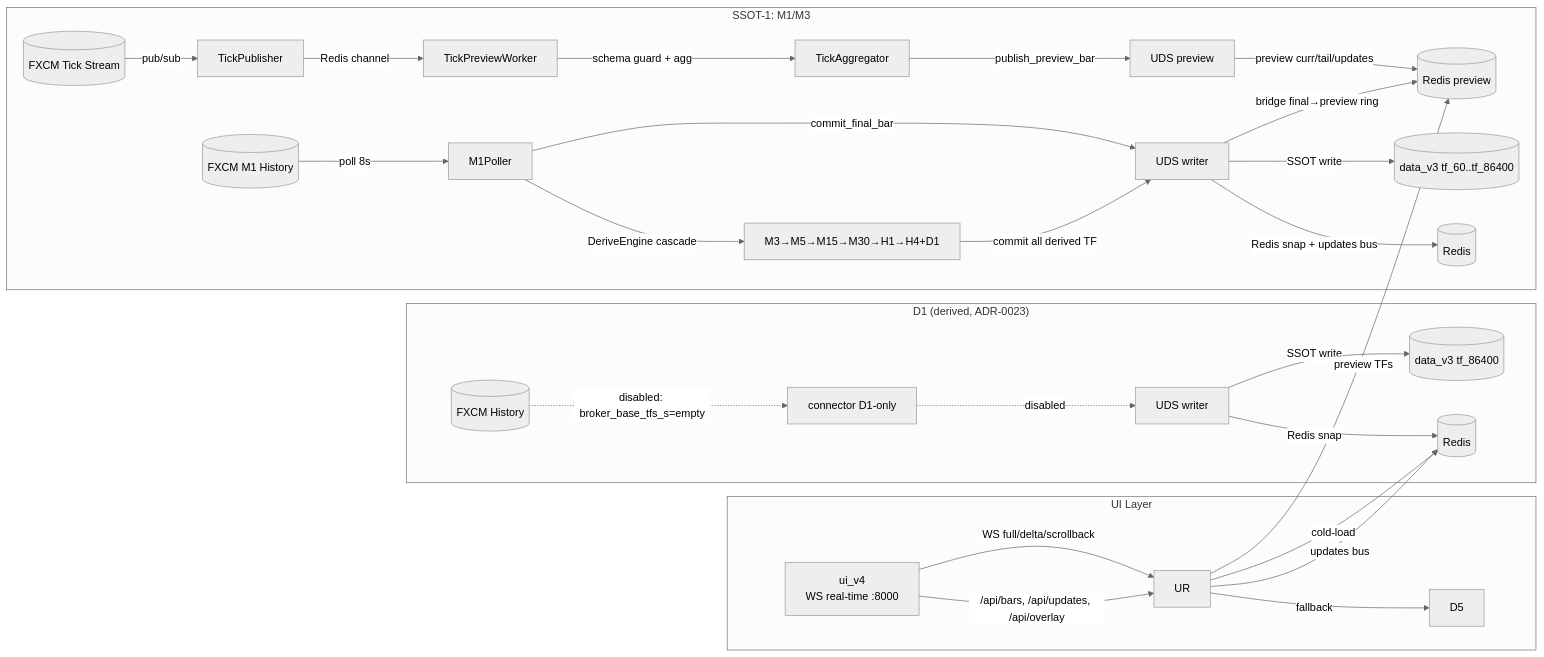
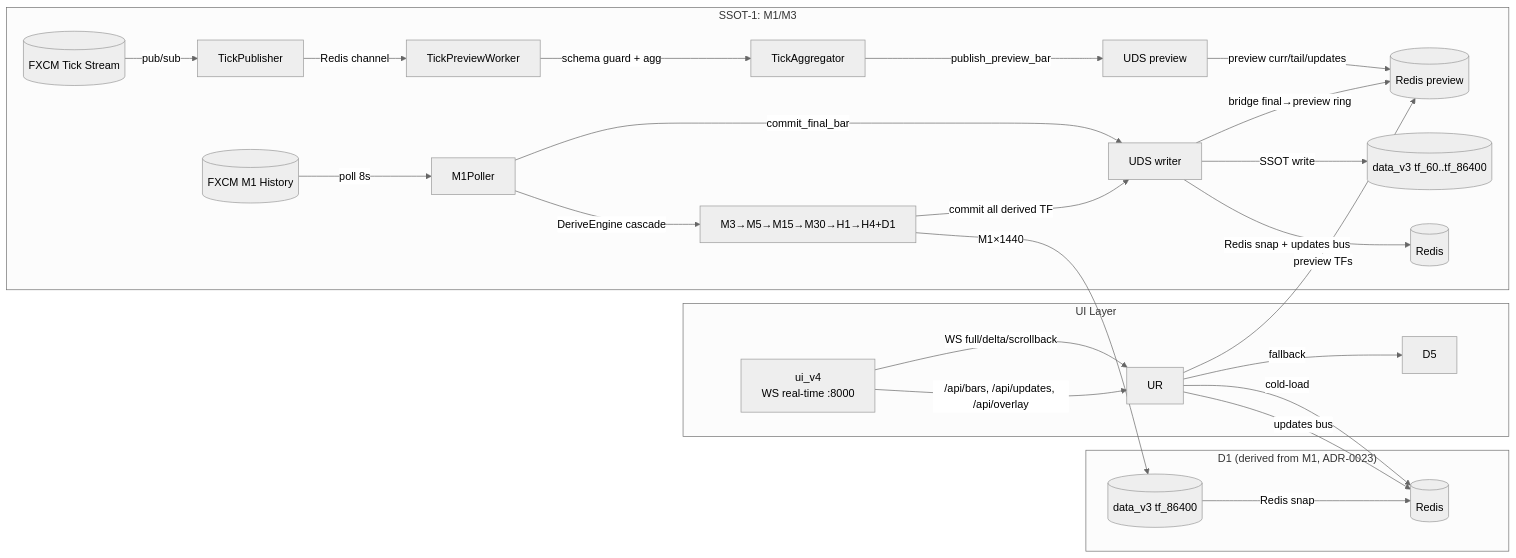
Before and after one commit to Std07-1/v3: the first of 13 diagrams in docs/system_current_overview.md, drawn with Mermaid (neutral theme). The commit also changed other lines of this file and 3 other files, not shown here.

````diff
--- a/docs/system_current_overview.md
+++ b/docs/system_current_overview.md
@@ -236,31 +236,29 @@
 ```mermaid
 flowchart LR
     subgraph SSOT1["SSOT-1: M1/M3"]
         T[(FXCM Tick Stream)] -->|pub/sub| TP[TickPublisher]
         TP -->|Redis channel| TW[TickPreviewWorker]
         TW -->|schema guard + agg| TA[TickAggregator]
         TA -->|publish_preview_bar| U1[UDS preview]
         U1 -->|preview curr/tail/updates| RP[(Redis preview)]
         FXCM1[(FXCM M1 History)] -->|poll 8s| M1P[M1Poller]
         M1P -->|commit_final_bar| U2[UDS writer]
         M1P -->|DeriveEngine cascade| DE[M3→M5→M15→M30→H1→H4+D1]
         DE -->|commit all derived TF| U2
         U2 -->|SSOT write| D1[(data_v3 tf_60..tf_86400)]
         U2 -->|Redis snap + updates bus| R1[(Redis)]
         U2 -->|bridge final→preview ring| RP
     end
-    subgraph SSOT3["D1 (derived, ADR-0023)"]
-        FXCMH[(FXCM History)] -.->|disabled: broker_base_tfs_s=empty| P[connector D1-only]
-        P -.->|disabled| U3[UDS writer]
-        U3 -->|SSOT write| DH[(data_v3 tf_86400)]
-        U3 -->|Redis snap| R5[(Redis)]
+    subgraph SSOT3["D1 (derived from M1, ADR-0023)"]
+        DE -->|M1×1440| DH[(data_v3 tf_86400)]
+        DH -->|Redis snap| R5[(Redis)]
     end
     subgraph UI["UI Layer"]
         UIv4[ui_v4<br/>WS real-time :8000] -->|WS full/delta/scrollback| UR
         UIv4 -->|/api/bars, /api/updates, /api/overlay| UR
         UR -->|cold-load| R5
         UR -->|fallback| D5
         UR -->|preview TFs| RP
         UR -->|updates bus| R5
     end
 ```
````
